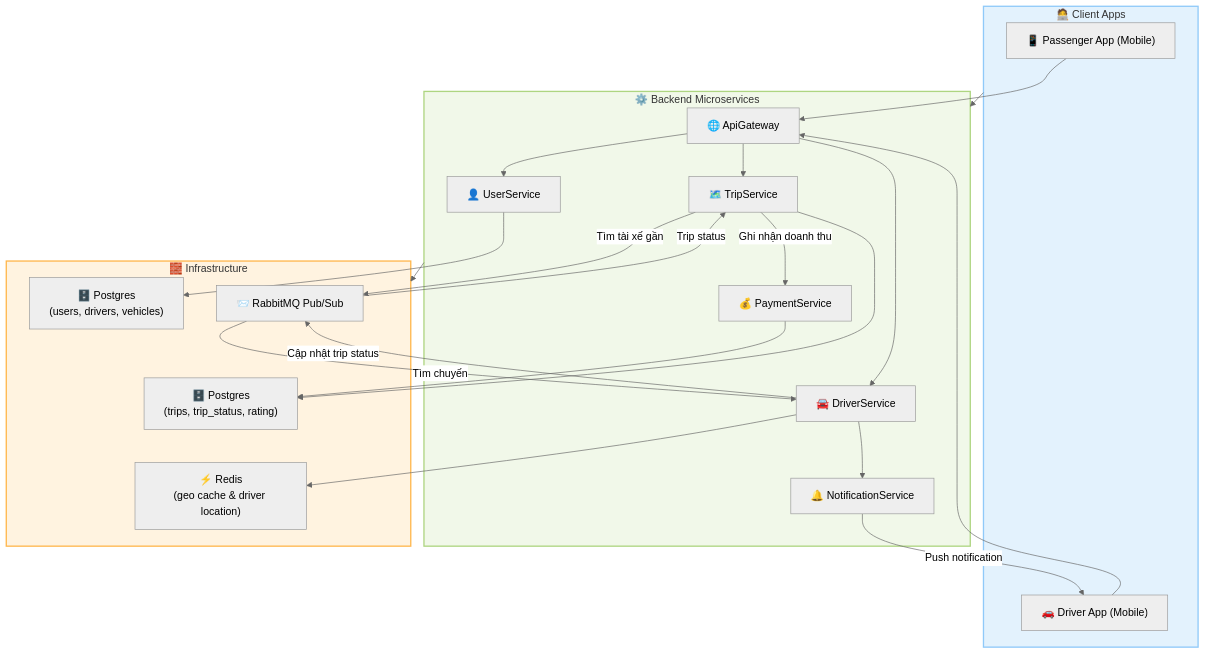
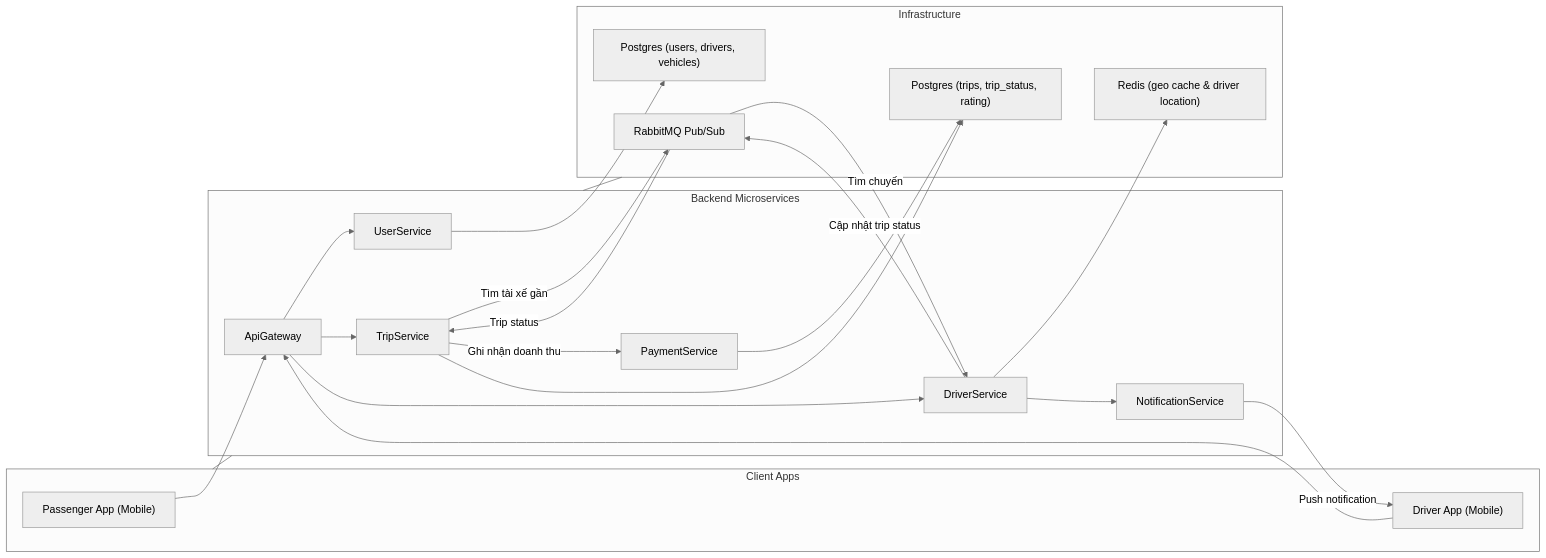
The diagram in ARCHITECTURE.md (LeVanHuy84/uit-go-project), drawn with Mermaid (neutral theme) before and after one commit.

````diff
--- a/ARCHITECTURE.md
+++ b/ARCHITECTURE.md
@@ -63,58 +63,54 @@
 ```mermaid
-flowchart TD
+flowchart LR
   %% CLIENT LAYER
-  subgraph Clients["🧑‍💻 Client Apps"]
-    Passenger["📱 Passenger App (Mobile)"]
-    DriverApp["🚗 Driver App (Mobile)"]
+  subgraph Clients["Client Apps"]
+    Passenger["Passenger App (Mobile)"]
+    DriverApp["Driver App (Mobile)"]
   end
 
   %% SERVICE LAYER
-  subgraph Services["⚙️ Backend Microservices"]
-    ApiGateway["🌐 ApiGateway"]
-    UserSvc["👤 UserService"]
-    TripSvc["🗺️ TripService"]
-    DriverSvc["🚘 DriverService"]
-    NotificationSvc["🔔 NotificationService"]
-    PaymentSvc["💰 PaymentService"]
+  subgraph Services["Backend Microservices"]
+    ApiGateway["ApiGateway"]
+    UserSvc["UserService"]
+    TripSvc["TripService"]
+    DriverSvc["DriverService"]
+    NotificationSvc["NotificationService"]
+    PaymentSvc["PaymentService"]
   end
 
   %% INFRASTRUCTURE
-  subgraph Infra["🧱 Infrastructure"]
-    PostgresUser["🗄️ Postgres<br/>(users, drivers, vehicles)"]
-    PostgresTrip["🗄️ Postgres<br/>(trips, trip_status, rating)"]
-    RedisGeo["⚡ Redis<br/>(geo cache & driver location)"]
-    MQ["📨 RabbitMQ Pub/Sub"]
+  subgraph Infra["Infrastructure"]
+    PostgresUser["Postgres (users, drivers, vehicles)"]
+    PostgresTrip["Postgres (trips, trip_status, rating)"]
+    RedisGeo["Redis (geo cache & driver location)"]
+    MQ["RabbitMQ Pub/Sub"]
   end
 
   %% RELATIONS
   Passenger --> ApiGateway
   DriverApp --> ApiGateway
 
   ApiGateway --> UserSvc
   ApiGateway --> TripSvc
   ApiGateway --> DriverSvc
 
   TripSvc -->|Tìm tài xế gần| MQ
   MQ --> |Tìm chuyến| DriverSvc
   DriverSvc --> |Cập nhật trip status| MQ
   MQ --> |Trip status| TripSvc
 
   DriverSvc --> RedisGeo
   DriverSvc --> NotificationSvc
   NotificationSvc -->|Push notification| DriverApp
 
   UserSvc --> PostgresUser
 
   TripSvc -->|Ghi nhận doanh thu| PaymentSvc
   PaymentSvc --> PostgresTrip
 
   TripSvc --> PostgresTrip
 
-  %% ALIGNMENT HINTS
-  Clients:::top --> Services:::middle --> Infra:::bottom
-
-  classDef top fill:#e3f2fd,stroke:#90caf9,stroke-width:2px;
-  classDef middle fill:#f1f8e9,stroke:#aed581,stroke-width:2px;
-  classDef bottom fill:#fff3e0,stroke:#ffb74d,stroke-width:2px;
+  %% ALIGN LAYERS
+  Clients --- Services --- Infra
 
 ```
````
